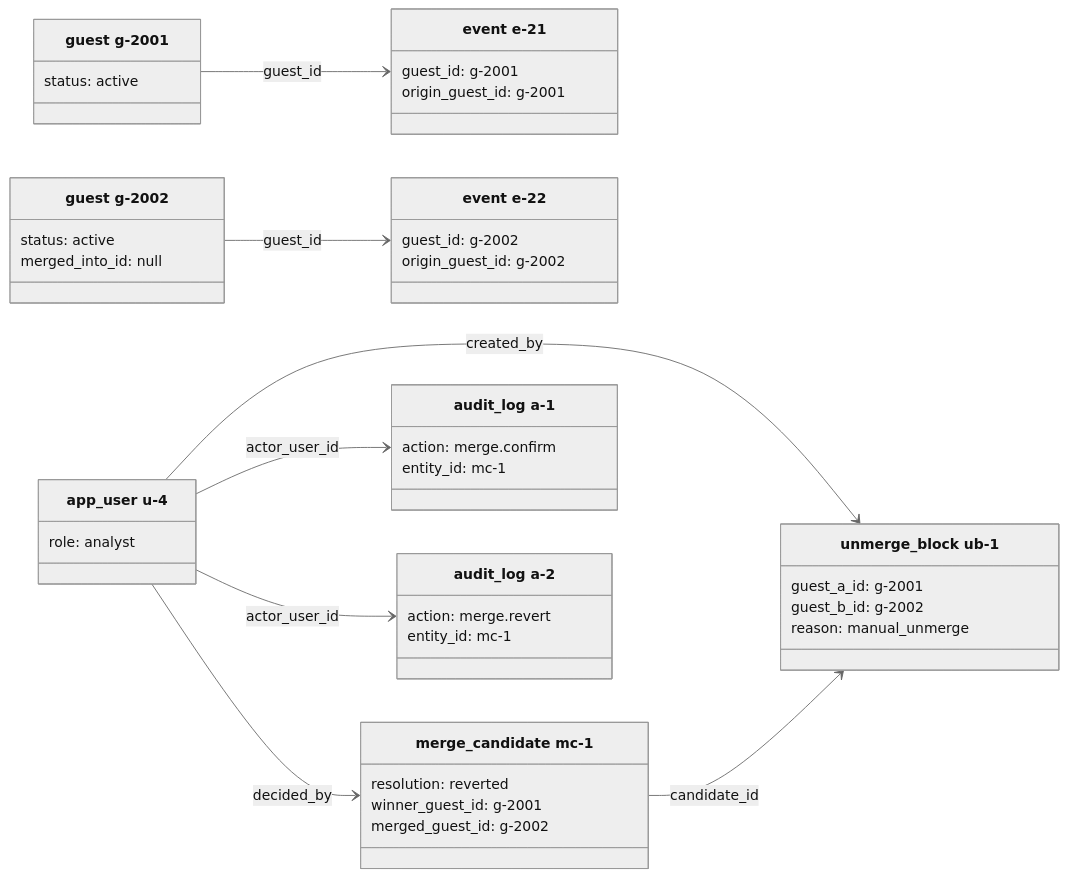
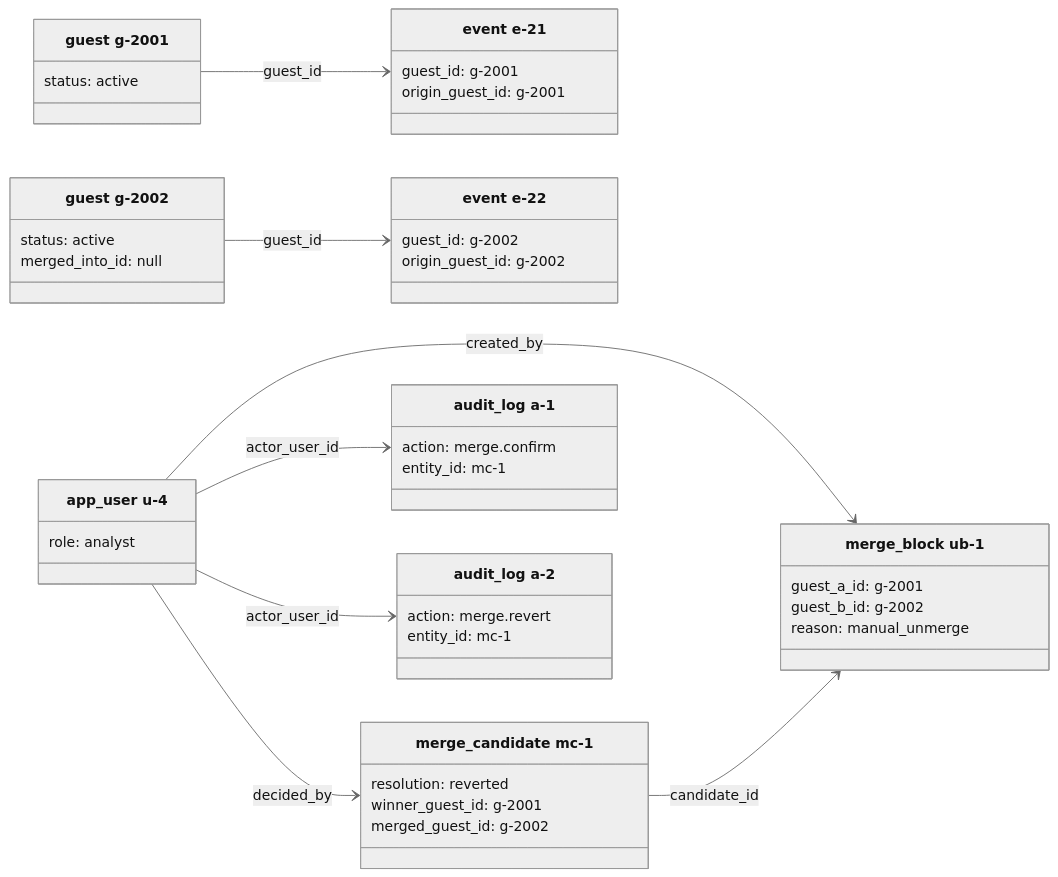
Before and after one commit to MangriMen/UCRP: the third of 5 diagrams in docs/design/06-object-diagrams.md, drawn with Mermaid (neutral theme). The commit also changed other lines of this file and 154 other files, not shown here.

````diff
--- a/docs/design/06-object-diagrams.md
+++ b/docs/design/06-object-diagrams.md
@@ -138,47 +138,47 @@
 ```mermaid
 classDiagram
   direction LR
   class u4["app_user u-4"] {
     role: analyst
   }
   class g2001["guest g-2001"] {
     status: active
   }
   class g2002["guest g-2002"] {
     status: active
     merged_into_id: null
   }
   class ev1["event e-21"] {
     guest_id: g-2001
     origin_guest_id: g-2001
   }
   class ev2["event e-22"] {
     guest_id: g-2002
     origin_guest_id: g-2002
   }
   class mc1["merge_candidate mc-1"] {
     resolution: reverted
     winner_guest_id: g-2001
     merged_guest_id: g-2002
   }
-  class ub1["unmerge_block ub-1"] {
+  class ub1["merge_block ub-1"] {
     guest_a_id: g-2001
     guest_b_id: g-2002
     reason: manual_unmerge
   }
   class a1["audit_log a-1"] {
     action: merge.confirm
     entity_id: mc-1
   }
   class a2["audit_log a-2"] {
     action: merge.revert
     entity_id: mc-1
   }
   u4 --> mc1 : decided_by
   u4 --> ub1 : created_by
   mc1 --> ub1 : candidate_id
   u4 --> a1 : actor_user_id
   u4 --> a2 : actor_user_id
   g2001 --> ev1 : guest_id
   g2002 --> ev2 : guest_id
 ```
````
